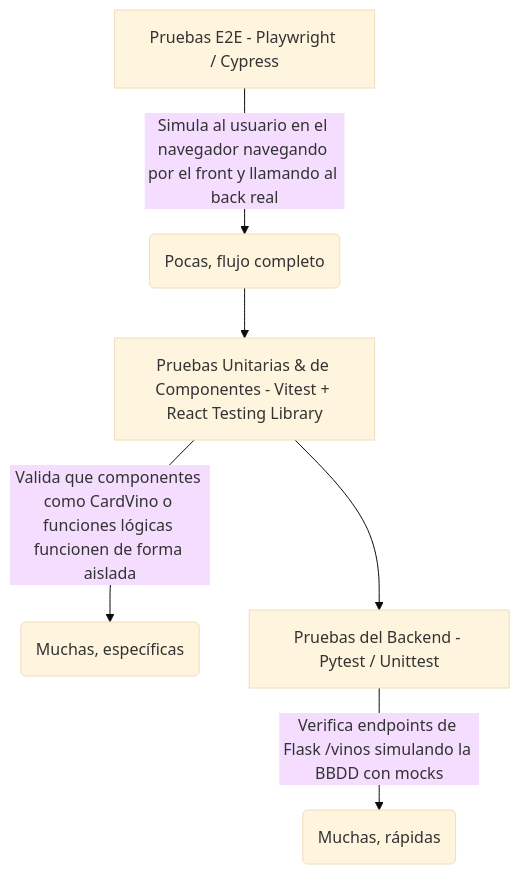
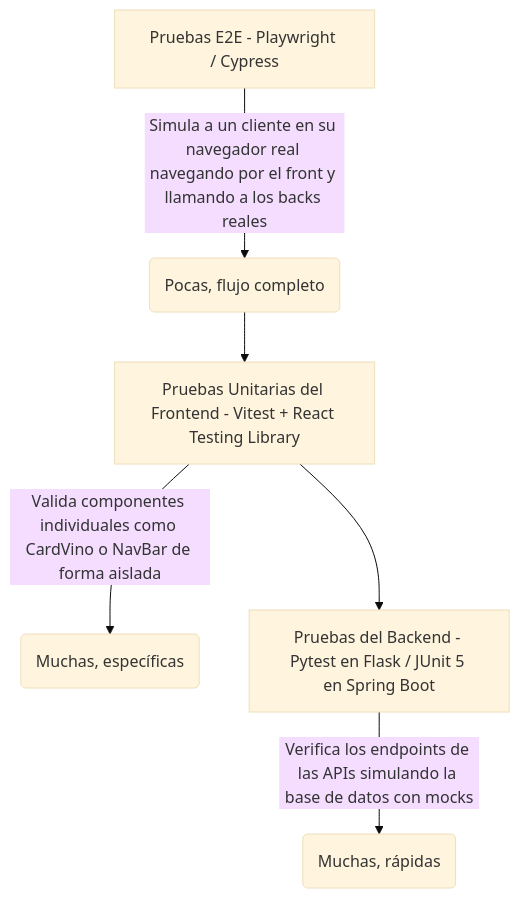
The diagram in docs/general/guia-testing.md (ABPMonlau/test_repository), drawn with Mermaid (base theme) before and after one commit. The commit also changed other lines of this file and 34 other files, not shown here.

Commit message:
Testing de API VINOS y BOOK API creado

````diff
--- a/docs/general/guia-testing.md
+++ b/docs/general/guia-testing.md
@@ -13,8 +17,8 @@
 ```mermaid
 graph TD
-    A[Pruebas E2E - Playwright / Cypress] -->|Simula al usuario en el navegador navegando por el front y llamando al back real| B(Pocas, flujo completo)
-    B --> C[Pruebas Unitarias & de Componentes - Vitest + React Testing Library]
-    C -->|Valida que componentes como CardVino o funciones lógicas funcionen de forma aislada| D(Muchas, específicas)
-    C --> E[Pruebas del Backend - Pytest / Unittest]
-    E -->|Verifica endpoints de Flask /vinos simulando la BBDD con mocks| F(Muchas, rápidas)
+    A[Pruebas E2E - Playwright / Cypress] -->|Simula a un cliente en su navegador real navegando por el front y llamando a los backs reales| B(Pocas, flujo completo)
+    B --> C[Pruebas Unitarias del Frontend - Vitest + React Testing Library]
+    C -->|Valida componentes individuales como CardVino o NavBar de forma aislada| D(Muchas, específicas)
+    C --> E[Pruebas del Backend - Pytest en Flask / JUnit 5 en Spring Boot]
+    E -->|Verifica los endpoints de las APIs simulando la base de datos con mocks| F(Muchas, rápidas)
 ```
````
